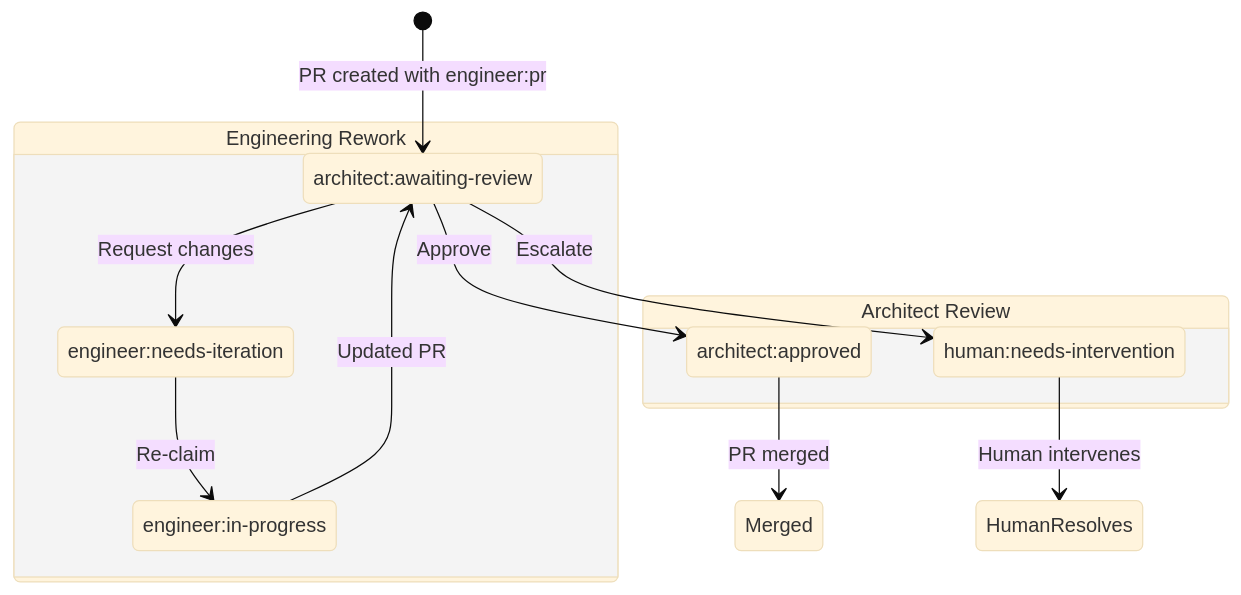
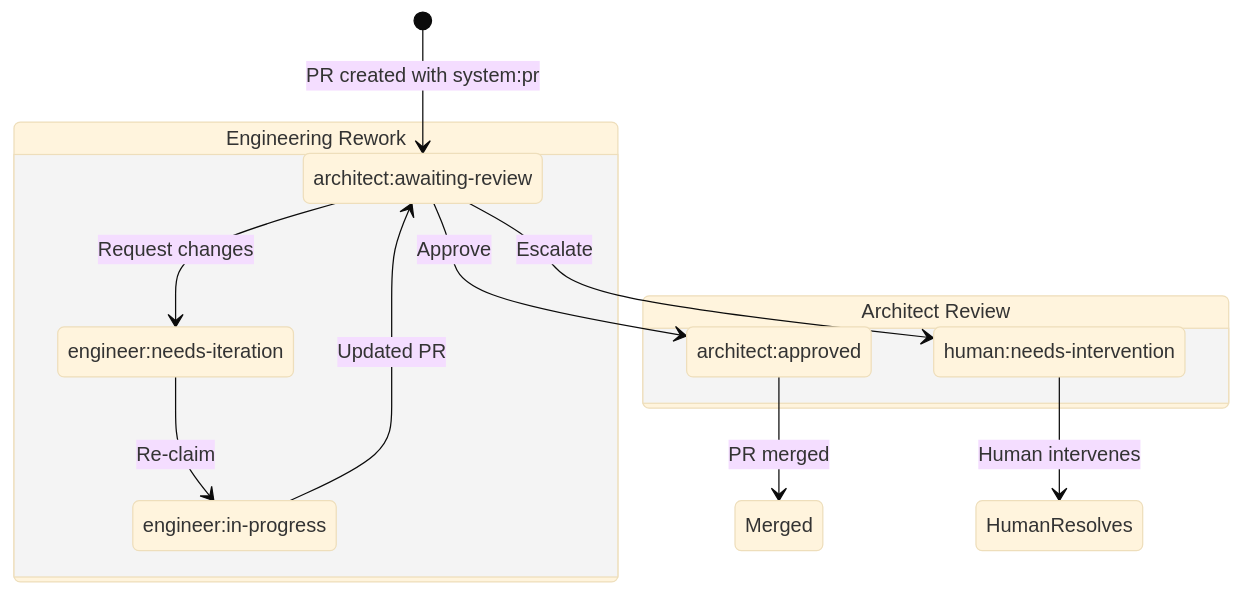
One commit to matthewmcneill/bug-fixer-loop-plugin changed the second of 3 diagrams in docs/label-taxonomy.md. Above: the diagram before and after it, drawn with Mermaid (base theme). The commit also changed other lines of this file and 15 other files, not shown here.

Commit message:
[BugFixer] Fix #20: Rename engineer:pr to system:pr and add architect:awaiting-review lifecycle

````diff
--- a/docs/label-taxonomy.md
+++ b/docs/label-taxonomy.md
@@ -134,24 +134,24 @@
 ```mermaid
 stateDiagram-v2
-    [*] --> architect_awaiting : PR created with engineer:pr
+    [*] --> architect_awaiting : PR created with system:pr
 
     state "Architect Review" as review {
         architect_awaiting --> architect_approved : Approve
         architect_awaiting --> engineer_needs_iteration : Request changes
         architect_awaiting --> human_needs_intervention : Escalate
     }
 
     state "Engineering Rework" as rework {
         engineer_needs_iteration --> engineer_in_progress : Re-claim
         engineer_in_progress --> architect_awaiting : Updated PR
     }
 
     architect_approved --> Merged : PR merged
     human_needs_intervention --> HumanResolves : Human intervenes
 
     architect_awaiting : architect:awaiting-review
     architect_approved : architect:approved
     engineer_needs_iteration : engineer:needs-iteration
     engineer_in_progress : engineer:in-progress
     human_needs_intervention : human:needs-intervention
 ```
````
